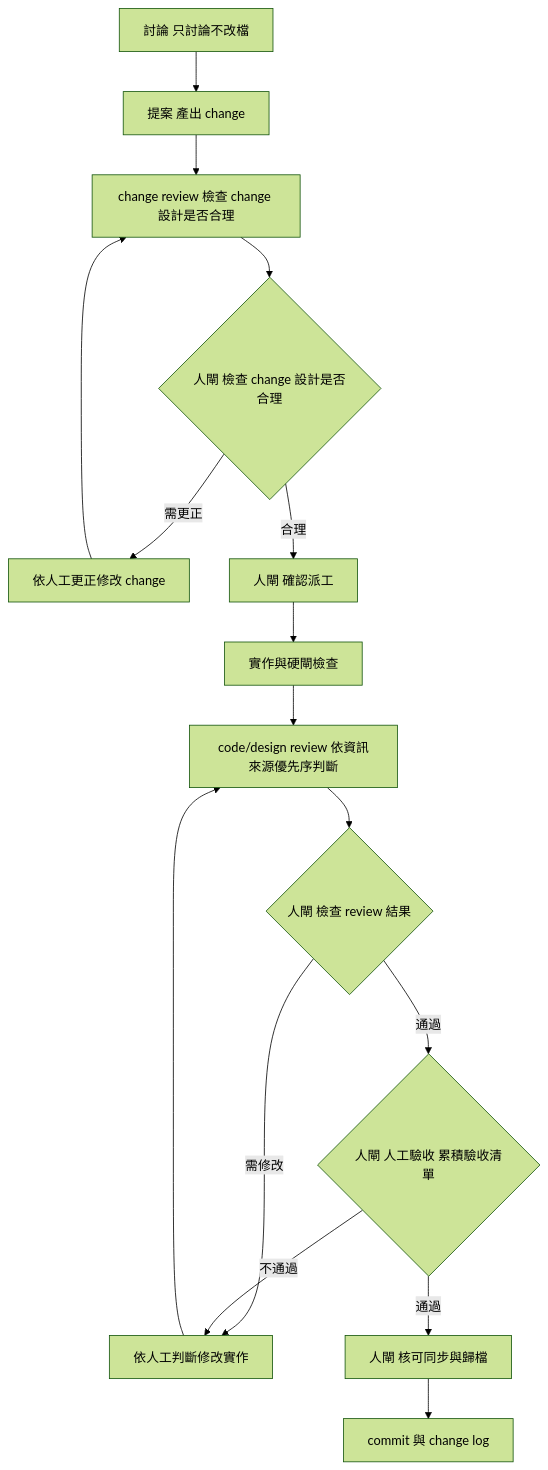
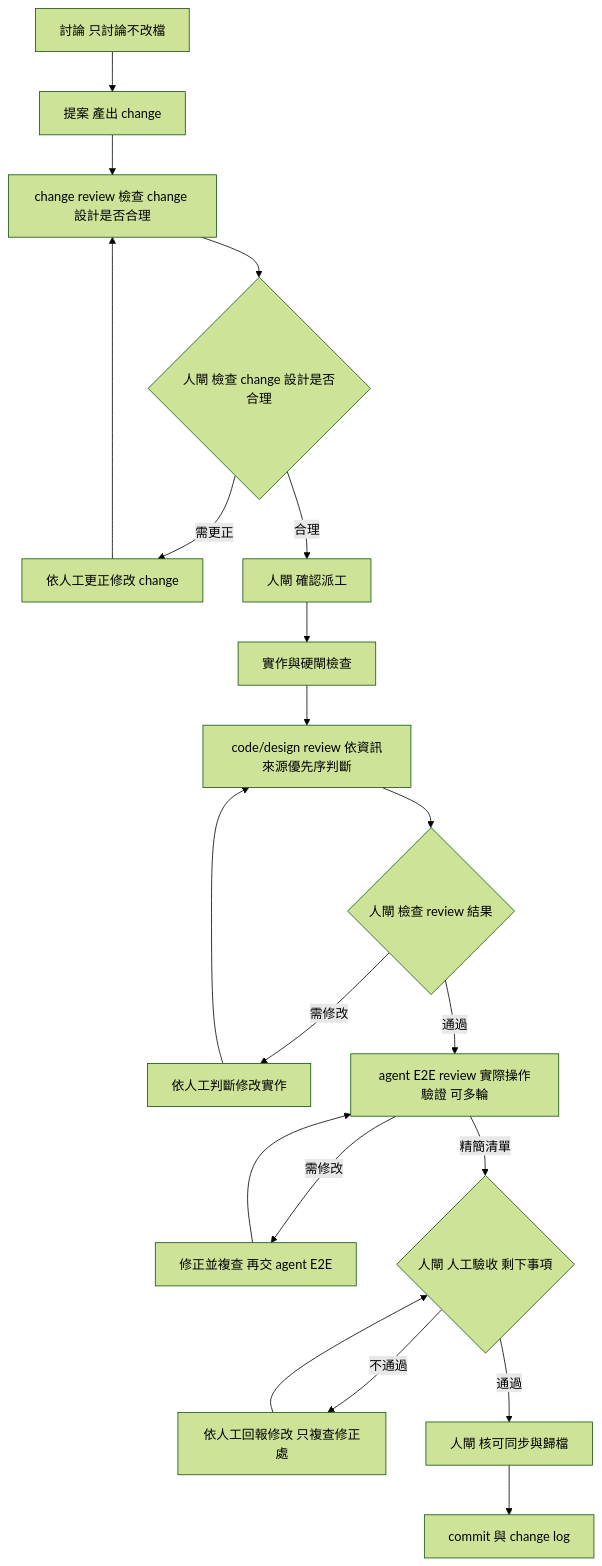
The second of 4 diagrams in README.md (nekojuice/.agents), drawn with Mermaid (forest theme) before and after one commit. The commit also changed other lines of this file and 12 other files, not shown here.

First line of the commit message:
feat(skill): factory 插入 agent E2E review 並拆分跨 run 清單

````diff
--- a/README.md
+++ b/README.md
@@ -95,18 +95,22 @@
 ```mermaid
 flowchart TD
   A[討論 只討論不改檔] --> B[提案 產出 change]
   B --> R[change review 檢查 change 設計是否合理]
   R --> C{人閘 檢查 change 設計是否合理}
   C -- 需更正 --> X[依人工更正修改 change]
   X --> R
   C -- 合理 --> D[人閘 確認派工]
   D --> E[實作與硬閘檢查]
   E --> F[code/design review 依資訊來源優先序判斷]
   F --> J{人閘 檢查 review 結果}
   J -- 需修改 --> K[依人工判斷修改實作]
   K --> F
-  J -- 通過 --> G{人閘 人工驗收 累積驗收清單}
-  G -- 不通過 --> K
+  J -- 通過 --> AE[agent E2E review 實際操作驗證 可多輪]
+  AE -- 需修改 --> AF[修正並複查 再交 agent E2E]
+  AF --> AE
+  AE -- 精簡清單 --> G{人閘 人工驗收 剩下事項}
+  G -- 不通過 --> K2[依人工回報修改 只複查修正處]
+  K2 --> G
   G -- 通過 --> H[人閘 核可同步與歸檔]
   H --> I[commit 與 change log]
 ```
````
